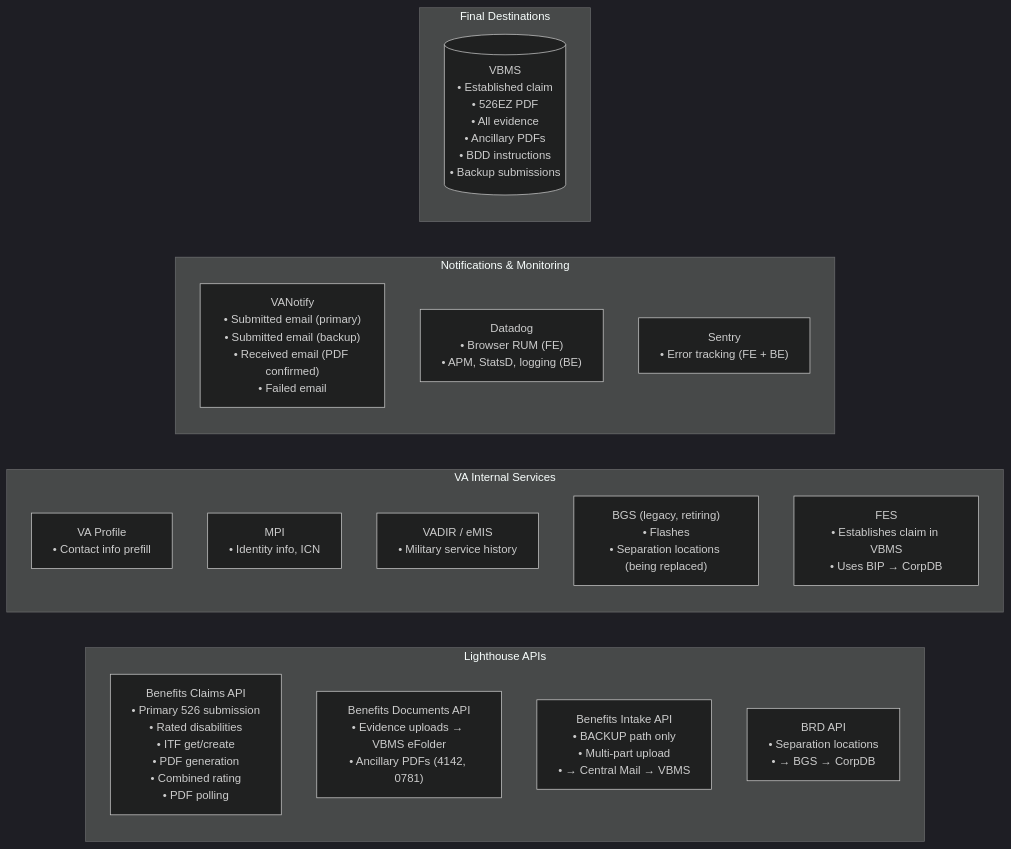
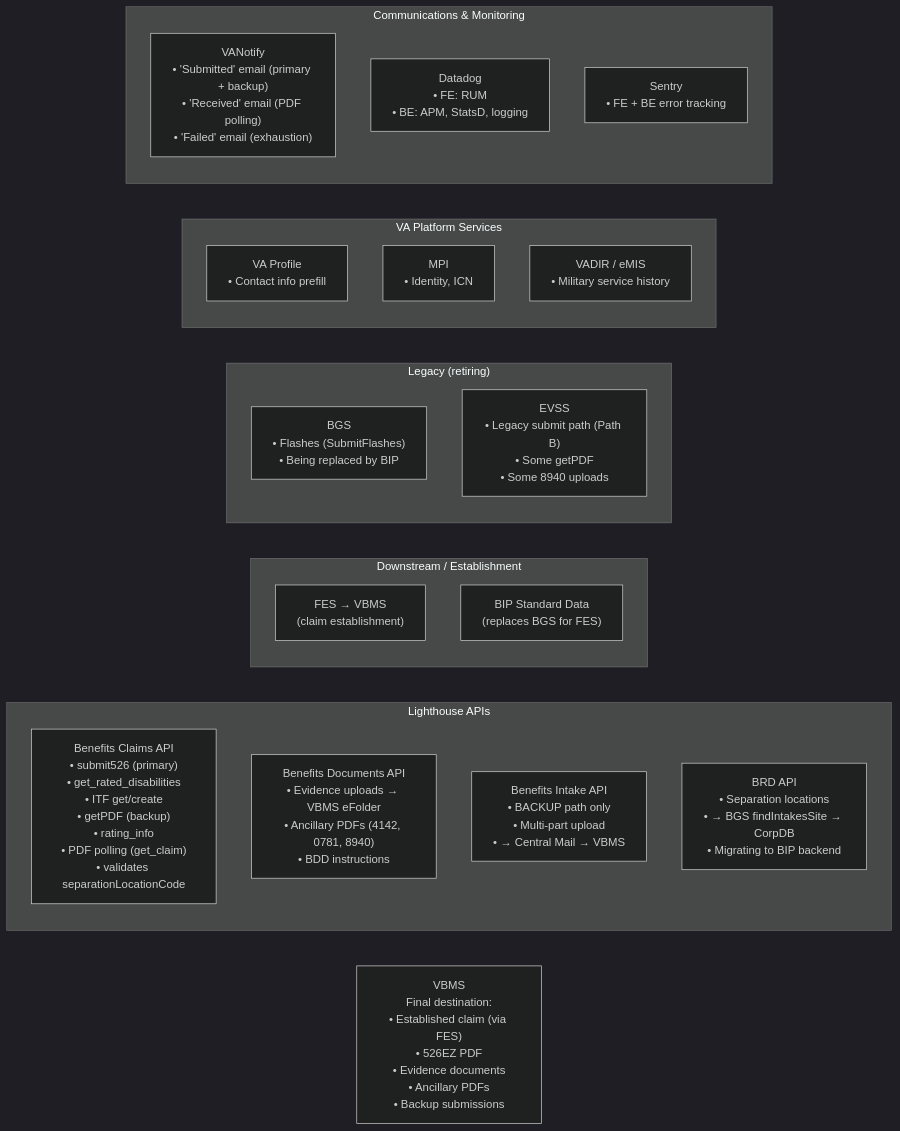
One commit to Ninjaneer321/va.gov-team changed diagram 15 of 16 in products/disability/526ez/form526_architecture_flow.md. Above: the diagram before and after it, drawn with Mermaid (dark theme). The commit also changed other lines of this file, not shown here.

Commit message:
Updated architecture diagram with useFormFeatureToggleSync

````diff
--- a/products/disability/526ez/form526_architecture_flow.md
+++ b/products/disability/526ez/form526_architecture_flow.md
@@ -428,27 +481,33 @@
 ```mermaid
-graph LR
-    subgraph LIGHTHOUSE["Lighthouse APIs"]
-        LH_CLAIMS["Benefits Claims API<br/>• Primary 526 submission<br/>• Rated disabilities<br/>• ITF get/create<br/>• PDF generation<br/>• Combined rating<br/>• PDF polling"]
-        LH_DOCS["Benefits Documents API<br/>• Evidence uploads → VBMS eFolder<br/>• Ancillary PDFs (4142, 0781)"]
-        LH_INTAKE["Benefits Intake API<br/>• BACKUP path only<br/>• Multi-part upload<br/>• → Central Mail → VBMS"]
-        LH_BRD["BRD API<br/>• Separation locations<br/>• → BGS → CorpDB"]
+flowchart LR
+    subgraph Lighthouse["Lighthouse APIs"]
+        LBC["Benefits Claims API<br/>• submit526 (primary)<br/>• get_rated_disabilities<br/>• ITF get/create<br/>• getPDF (backup)<br/>• rating_info<br/>• PDF polling (get_claim)<br/>• validates separationLocationCode"]
+        LBD["Benefits Documents API<br/>• Evidence uploads → VBMS eFolder<br/>• Ancillary PDFs (4142, 0781, 8940)<br/>• BDD instructions"]
+        LBI["Benefits Intake API<br/>• BACKUP path only<br/>• Multi-part upload<br/>• → Central Mail → VBMS"]
+        LBRD["BRD API<br/>• Separation locations<br/>• → BGS findIntakesSite → CorpDB<br/>• Migrating to BIP backend"]
     end
 
-    subgraph VA_SERVICES["VA Internal Services"]
-        VA_PROFILE["VA Profile<br/>• Contact info prefill"]
-        MPI_SVC["MPI<br/>• Identity info, ICN"]
-        VADIR["VADIR / eMIS<br/>• Military service history"]
-        BGS_SVC["BGS (legacy, retiring)<br/>• Flashes<br/>• Separation locations (being replaced)"]
-        FES_SVC["FES<br/>• Establishes claim in VBMS<br/>• Uses BIP → CorpDB"]
+    subgraph Downstream["Downstream / Establishment"]
+        FES["FES → VBMS<br/>(claim establishment)"]
+        BIPSD["BIP Standard Data<br/>(replaces BGS for FES)"]
     end
 
-    subgraph NOTIFICATIONS["Notifications & Monitoring"]
-        VANOTIFY["VANotify<br/>• Submitted email (primary)<br/>• Submitted email (backup)<br/>• Received email (PDF confirmed)<br/>• Failed email"]
-        DATADOG["Datadog<br/>• Browser RUM (FE)<br/>• APM, StatsD, logging (BE)"]
-        SENTRY["Sentry<br/>• Error tracking (FE + BE)"]
+    subgraph Legacy["Legacy (retiring)"]
+        BGS["BGS<br/>• Flashes (SubmitFlashes)<br/>• Being replaced by BIP"]
+        EVSS["EVSS<br/>• Legacy submit path (Path B)<br/>• Some getPDF<br/>• Some 8940 uploads"]
     end
 
-    subgraph DESTINATIONS["Final Destinations"]
-        VBMS_DEST[("VBMS<br/>• Established claim<br/>• 526EZ PDF<br/>• All evidence<br/>• Ancillary PDFs<br/>• BDD instructions<br/>• Backup submissions")]
+    subgraph VAPlatform["VA Platform Services"]
+        VAP["VA Profile<br/>• Contact info prefill"]
+        MPI["MPI<br/>• Identity, ICN"]
+        EDIR["VADIR / eMIS<br/>• Military service history"]
     end
+
+    subgraph Comms["Communications & Monitoring"]
+        VAN["VANotify<br/>• 'Submitted' email (primary + backup)<br/>• 'Received' email (PDF polling)<br/>• 'Failed' email (exhaustion)"]
+        DD["Datadog<br/>• FE: RUM<br/>• BE: APM, StatsD, logging"]
+        Sentry["Sentry<br/>• FE + BE error tracking"]
+    end
+
+    VBMS["VBMS<br/>Final destination:<br/>• Established claim (via FES)<br/>• 526EZ PDF<br/>• Evidence documents<br/>• Ancillary PDFs<br/>• Backup submissions"]
 ```
````
